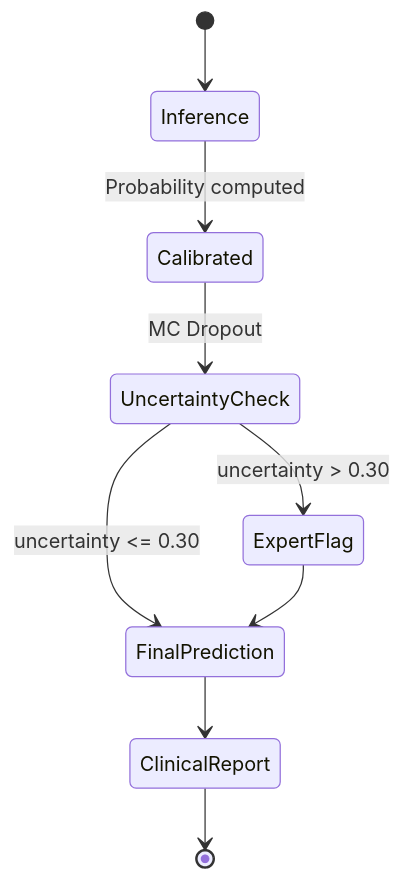
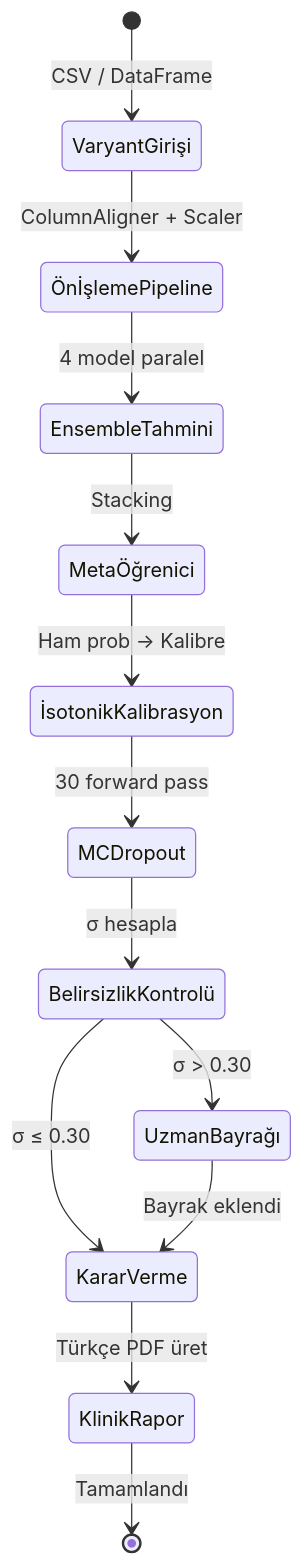
One commit to msgxr/VARIANT-GNN changed the ninth of 11 diagrams in README.md. Above: the diagram before and after it, drawn with Mermaid. The commit also changed other lines of this file, not shown here.

````diff
--- a/README.md
+++ b/README.md
@@ -238,11 +324,15 @@
 ```mermaid
 stateDiagram-v2
-    [*] --> Inference
-    Inference --> Calibrated: Probability computed
-    Calibrated --> UncertaintyCheck: MC Dropout
-    UncertaintyCheck --> ExpertFlag: uncertainty > 0.30
-    UncertaintyCheck --> FinalPrediction: uncertainty <= 0.30
-    ExpertFlag --> FinalPrediction
-    FinalPrediction --> ClinicalReport
-    ClinicalReport --> [*]
+    [*] --> VaryantGirişi : CSV / DataFrame
+    VaryantGirişi --> ÖnİşlemePipeline : ColumnAligner + Scaler
+    ÖnİşlemePipeline --> EnsembleTahmini : 4 model paralel
+    EnsembleTahmini --> MetaÖğrenici : Stacking
+    MetaÖğrenici --> İsotonikKalibrasyon : Ham prob → Kalibre
+    İsotonikKalibrasyon --> MCDropout : 30 forward pass
+    MCDropout --> BelirsizlikKontrolü : σ hesapla
+    BelirsizlikKontrolü --> UzmanBayrağı : σ > 0.30
+    BelirsizlikKontrolü --> KararVerme : σ ≤ 0.30
+    UzmanBayrağı --> KararVerme : Bayrak eklendi
+    KararVerme --> KlinikRapor : Türkçe PDF üret
+    KlinikRapor --> [*] : Tamamlandı
 ```
````
